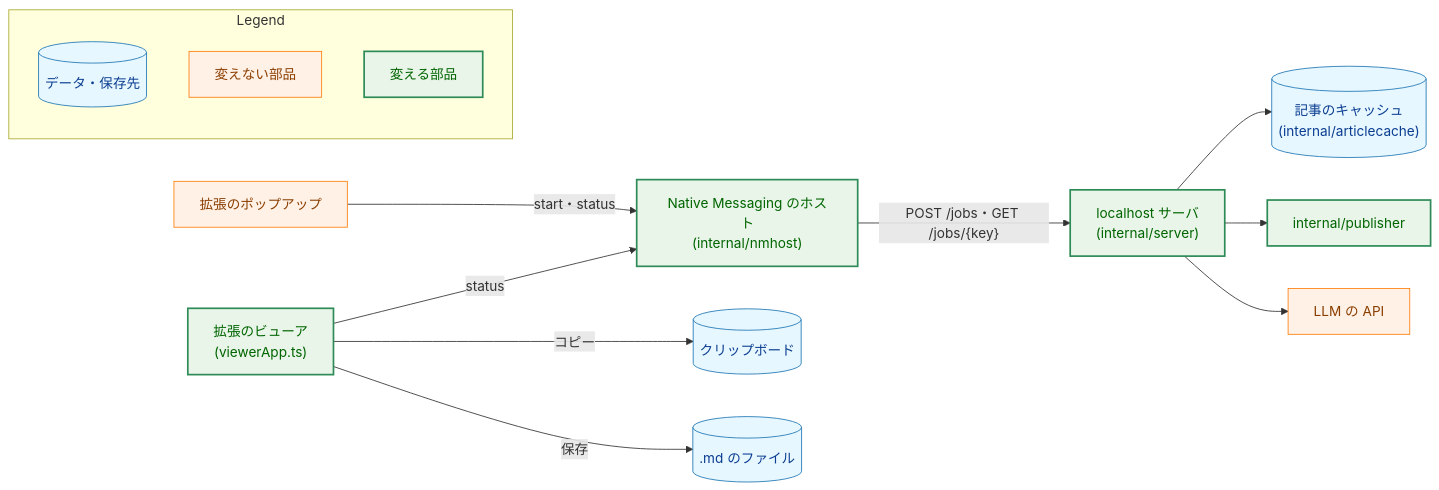
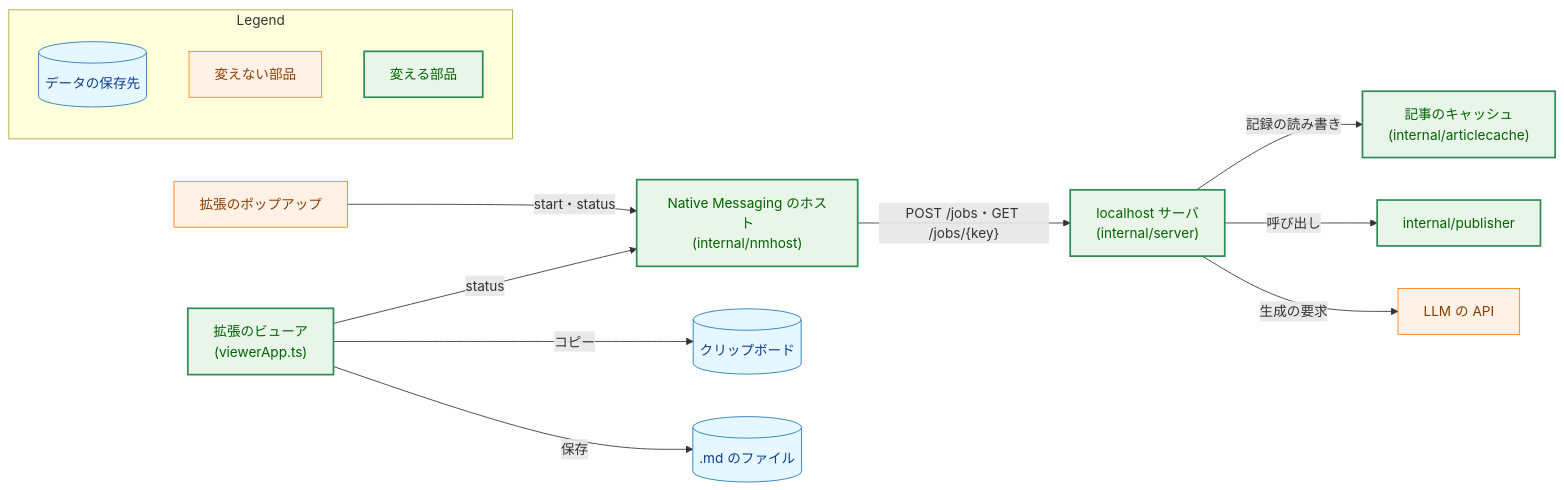
The second of 6 diagrams in docs/tasks/0083_remove_slack_webhook/02_architecture.md (isseis/yt2column), drawn with Mermaid before and after one commit. The commit also changed other lines of this file and 3 other files, not shown here.

First line of the commit message:
docs(0083): revise the architecture after the engineering and prose reviews

````diff
--- a/docs/tasks/0083_remove_slack_webhook/02_architecture.md
+++ b/docs/tasks/0083_remove_slack_webhook/02_architecture.md
@@ -95,38 +107,38 @@
 ```mermaid
 flowchart LR
     classDef data fill:#e6f7ff,stroke:#1f77b4,stroke-width:1px,color:#0b3d91;
     classDef process fill:#fff1e6,stroke:#ff7f0e,stroke-width:1px,color:#8a3e00;
     classDef enhanced fill:#e8f5e8,stroke:#2e8b57,stroke-width:2px,color:#006400;
 
     VIEWER["拡張のビューア<br>(viewerApp.ts)"]
     POPUP["拡張のポップアップ"]
     HOST["Native Messaging のホスト<br>(internal/nmhost)"]
     SERVER["localhost サーバ<br>(internal/server)"]
-    CACHE[("記事のキャッシュ<br>(internal/articlecache)")]
+    CACHE["記事のキャッシュ<br>(internal/articlecache)"]
     PUB["internal/publisher"]
     LLM["LLM の API"]
     CLIP[("クリップボード")]
     MD[(".md のファイル")]
 
     VIEWER -->|"status"| HOST
     POPUP -->|"start・status"| HOST
     HOST -->|"POST /jobs・GET /jobs/{key}"| SERVER
-    SERVER --> CACHE
-    SERVER --> PUB
-    SERVER --> LLM
+    SERVER -->|"記録の読み書き"| CACHE
+    SERVER -->|"呼び出し"| PUB
+    SERVER -->|"生成の要求"| LLM
     VIEWER -->|"コピー"| CLIP
     VIEWER -->|"保存"| MD
 
-    class VIEWER,HOST,SERVER,PUB enhanced
+    class VIEWER,HOST,SERVER,PUB,CACHE enhanced
     class POPUP,LLM process
-    class CACHE,CLIP,MD data
+    class CLIP,MD data
 
     subgraph Legend["Legend"]
-        L1[("データ・保存先")]
+        L1[("データの保存先")]
         L2["変えない部品"]
         L3["変える部品"]
     end
     class L1 data
     class L2 process
     class L3 enhanced
 ```
````
